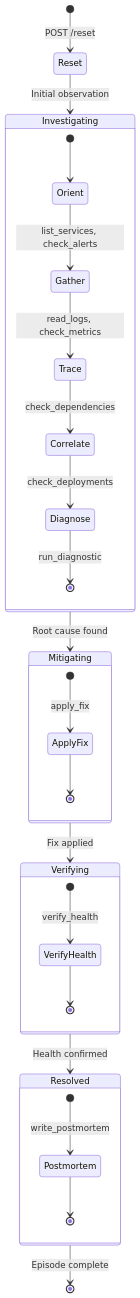
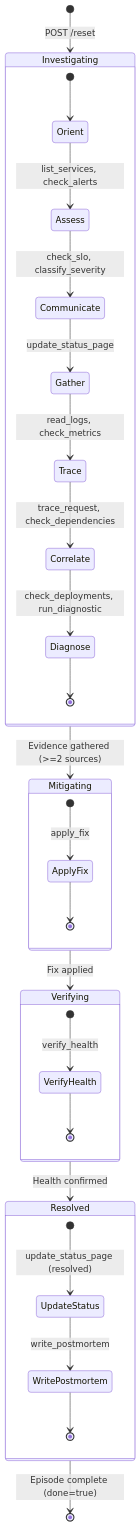
One commit to Airocult/Scaler-Meta-Competition-2026 changed diagram 12 of 15 in README.md. Above: the diagram before and after it, drawn with Mermaid. The commit also changed other lines of this file, not shown here.

Commit message:
Complete README rewrite: 16 tasks, Mermaid diagrams, UML, novel mechanics, investigation gating

````diff
--- a/README.md
+++ b/README.md
@@ -281,37 +577,39 @@
 ```mermaid
 stateDiagram-v2
-    [*] --> Reset: POST /reset
-    Reset --> Investigating: Initial observation
+    [*] --> Investigating: POST /reset
 
     state Investigating {
         [*] --> Orient
-        Orient --> Gather: list_services, check_alerts
+        Orient --> Assess: list_services, check_alerts
+        Assess --> Communicate: check_slo, classify_severity
+        Communicate --> Gather: update_status_page
         Gather --> Trace: read_logs, check_metrics
-        Trace --> Correlate: check_dependencies
-        Correlate --> Diagnose: check_deployments
-        Diagnose --> [*]: run_diagnostic
+        Trace --> Correlate: trace_request, check_dependencies
+        Correlate --> Diagnose: check_deployments, run_diagnostic
+        Diagnose --> [*]
     }
 
-    Investigating --> Mitigating: Root cause found
+    Investigating --> Mitigating: Evidence gathered (>=2 sources)
 
     state Mitigating {
         [*] --> ApplyFix: apply_fix
         ApplyFix --> [*]
     }
 
     Mitigating --> Verifying: Fix applied
 
     state Verifying {
         [*] --> VerifyHealth: verify_health
         VerifyHealth --> [*]
     }
 
     Verifying --> Resolved: Health confirmed
 
     state Resolved {
-        [*] --> Postmortem: write_postmortem
-        Postmortem --> [*]
+        [*] --> UpdateStatus: update_status_page (resolved)
+        UpdateStatus --> WritePostmortem: write_postmortem
+        WritePostmortem --> [*]
     }
 
-    Resolved --> [*]: Episode complete
+    Resolved --> [*]: Episode complete (done=true)
 ```
````
